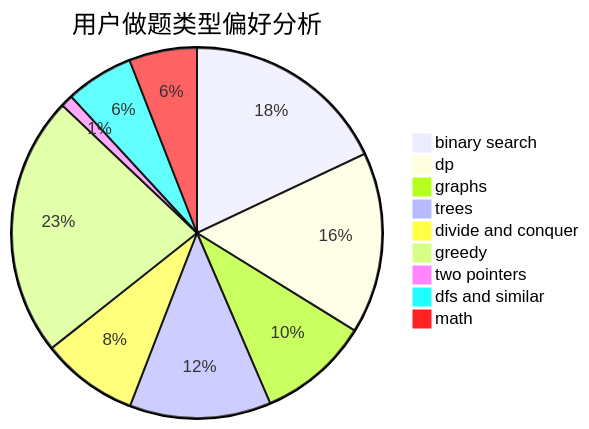
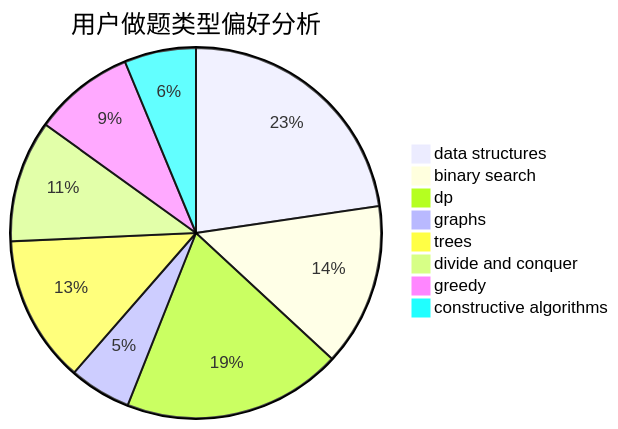
The second of 3 diagrams in docs/user/u1576.md (sherpahu/cfrs.github.io), drawn with Mermaid before and after one commit. The commit also changed other lines of this file and 2775 other files, not shown here.

````diff
--- a/docs/user/u1576.md
+++ b/docs/user/u1576.md
@@ -23,12 +23,11 @@
 ```mermaid
 pie title 用户做题类型偏好分析
-    "binary search" :  185
-    "dp" :  163
-    "graphs" :  100
-    "trees" :  127
-    "divide and conquer" :  87
-    "greedy" :  234
-    "two pointers" :  11
-    "dfs and similar" :  61
-    "math" :  61
+    "data structures" :  134
+    "binary search" :  84
+    "dp" :  113
+    "graphs" :  32
+    "trees" :  76
+    "divide and conquer" :  63
+    "greedy" :  52
+    "constructive algorithms" :  37
 ```
````
